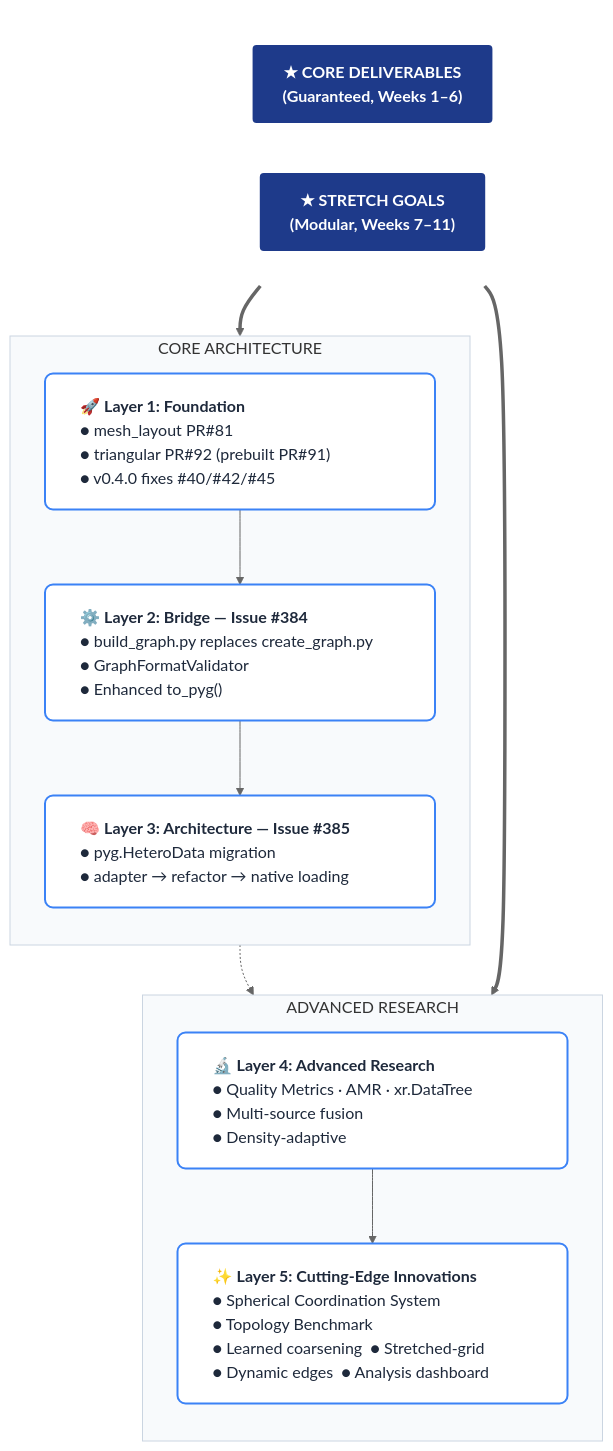
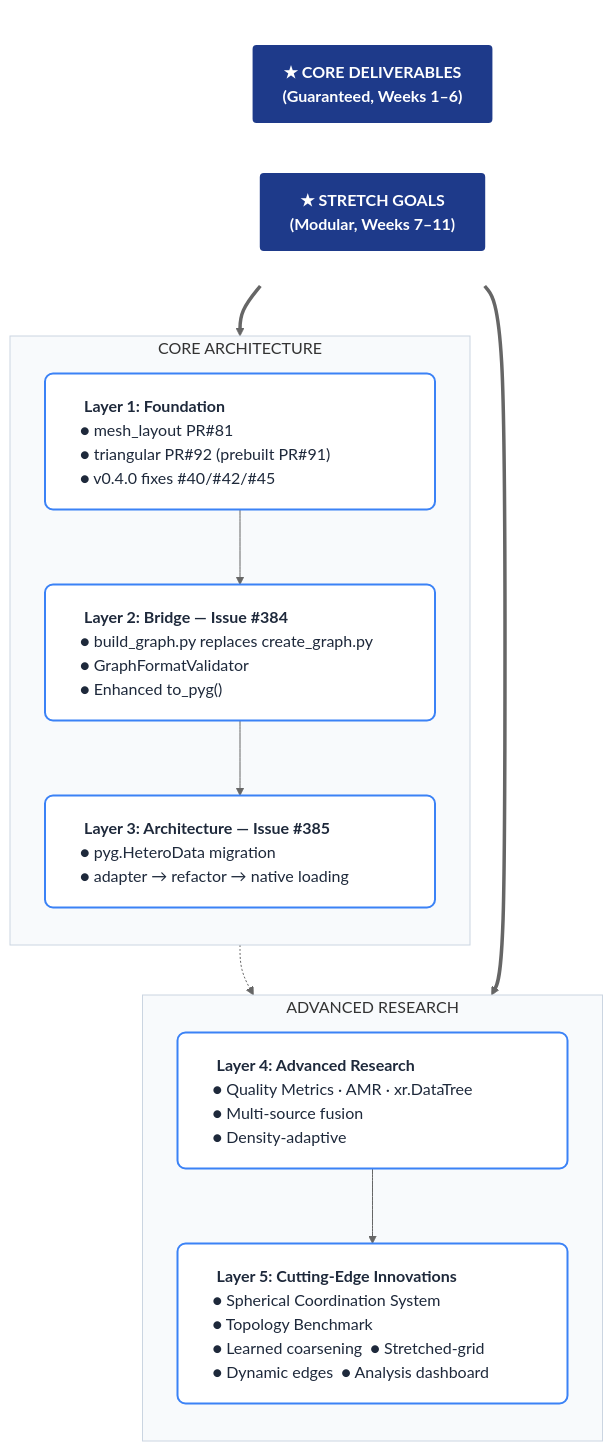
Before and after one commit to prajwal-tech07/Gsoc_test: the first of 11 diagrams in GSoC_Project_Created_By_Antigravity.md, drawn with Mermaid (neutral theme). The commit also changed other lines of this file, not shown here.

Commit message:
Remove emojis from layer descriptions in markdown

````diff
--- a/GSoC_Project_Created_By_Antigravity.md
+++ b/GSoC_Project_Created_By_Antigravity.md
@@ -87,48 +87,48 @@
 ```mermaid
 graph TD
 
 %% ---------- STYLE DEFINITIONS ----------
 classDef layer fill:#ffffff,stroke:#3b82f6,stroke-width:2px,color:#1e293b,rx:8px
 classDef titleStyle fill:#1e3a8a,color:#ffffff,stroke:none,font-weight:bold,rx:4px
 classDef highlight fill:#e1f5fe,stroke:#0288d1,stroke-width:2px,color:#0f172a,rx:8px
 
 %% ---------- TOP SECTION: DELIVERABLES ----------
 subgraph TRACKS [" "]
     direction LR
     CORE["★ CORE DELIVERABLES<br/>(Guaranteed, Weeks 1–6)"]:::titleStyle
     STRETCH["★ STRETCH GOALS<br/>(Modular, Weeks 7–11)"]:::titleStyle
 end
 
 %% ---------- MIDDLE SECTION: CORE LAYERS ----------
 subgraph CORE_ROW ["CORE ARCHITECTURE"]
     direction TB
-    L1["<div style='width:320px; text-align:left; padding:5px;'>🚀 <b>Layer 1: Foundation</b><br/>● mesh_layout PR#81 &nbsp;&nbsp;&nbsp;&nbsp;&nbsp;&nbsp;&nbsp;&nbsp;&nbsp;&nbsp;&nbsp;&nbsp;&nbsp;&nbsp;&nbsp;&nbsp;&nbsp;&nbsp;&nbsp;&nbsp;&nbsp;&nbsp;&nbsp;<br/>● triangular PR#92 (prebuilt PR#91)<br/>● v0.4.0 fixes #40/#42/#45</div>"]:::layer
+    L1["<div style='width:320px; text-align:left; padding:5px;'> <b>Layer 1: Foundation</b><br/>● mesh_layout PR#81 &nbsp;&nbsp;&nbsp;&nbsp;&nbsp;&nbsp;&nbsp;&nbsp;&nbsp;&nbsp;&nbsp;&nbsp;&nbsp;&nbsp;&nbsp;&nbsp;&nbsp;&nbsp;&nbsp;&nbsp;&nbsp;&nbsp;&nbsp;<br/>● triangular PR#92 (prebuilt PR#91)<br/>● v0.4.0 fixes #40/#42/#45</div>"]:::layer
     
-    L2["<div style='width:320px; text-align:left; padding:5px;'>⚙️ <b>Layer 2: Bridge — Issue #384</b><br/>● build_graph.py replaces create_graph.py<br/>● GraphFormatValidator<br/>● Enhanced to_pyg()</div>"]:::layer
+    L2["<div style='width:320px; text-align:left; padding:5px;'> <b>Layer 2: Bridge — Issue #384</b><br/>● build_graph.py replaces create_graph.py<br/>● GraphFormatValidator<br/>● Enhanced to_pyg()</div>"]:::layer
     
-    L3["<div style='width:320px; text-align:left; padding:5px;'>🧠 <b>Layer 3: Architecture — Issue #385</b><br/>● pyg.HeteroData migration<br/>● adapter → refactor → native loading</div>"]:::layer
+    L3["<div style='width:320px; text-align:left; padding:5px;'> <b>Layer 3: Architecture — Issue #385</b><br/>● pyg.HeteroData migration<br/>● adapter → refactor → native loading</div>"]:::layer
 end
 
 %% ---------- BOTTOM SECTION: STRETCH LAYERS ----------
 subgraph ADV_ROW ["ADVANCED RESEARCH"]
     direction TB
-    L4["<div style='width:320px; text-align:left; padding:5px;'>🔬 <b>Layer 4: Advanced Research</b><br/>● Quality Metrics · AMR · xr.DataTree<br/>● Multi-source fusion<br/>● Density-adaptive</div>"]:::layer
+    L4["<div style='width:320px; text-align:left; padding:5px;'> <b>Layer 4: Advanced Research</b><br/>● Quality Metrics · AMR · xr.DataTree<br/>● Multi-source fusion<br/>● Density-adaptive</div>"]:::layer
     
-    L5["<div style='text-align:left; width:320px; padding:5px;'>✨ <b>Layer 5: Cutting-Edge Innovations</b><br/>● Spherical Coordination System<br/>● Topology Benchmark<br/>● Learned coarsening  ● Stretched-grid<br/>● Dynamic edges  ● Analysis dashboard</div>"]:::layer
+    L5["<div style='text-align:left; width:320px; padding:5px;'> <b>Layer 5: Cutting-Edge Innovations</b><br/>● Spherical Coordination System<br/>● Topology Benchmark<br/>● Learned coarsening  ● Stretched-grid<br/>● Dynamic edges  ● Analysis dashboard</div>"]:::layer
 end
 
 %% ---------- CONNECTIONS ----------
 CORE ==> CORE_ROW
 STRETCH ==> ADV_ROW
 
 %% Sequence Flow
 L1 --> L2
 L2 --> L3
 L3 -.-> L4
 L4 --> L5
 
 %% ---------- STYLING ----------
 style TRACKS fill:none,stroke:none
 style CORE_ROW fill:#f8fafc,stroke:#cbd5e1
 style ADV_ROW fill:#f8fafc,stroke:#cbd5e1
 ```
````
